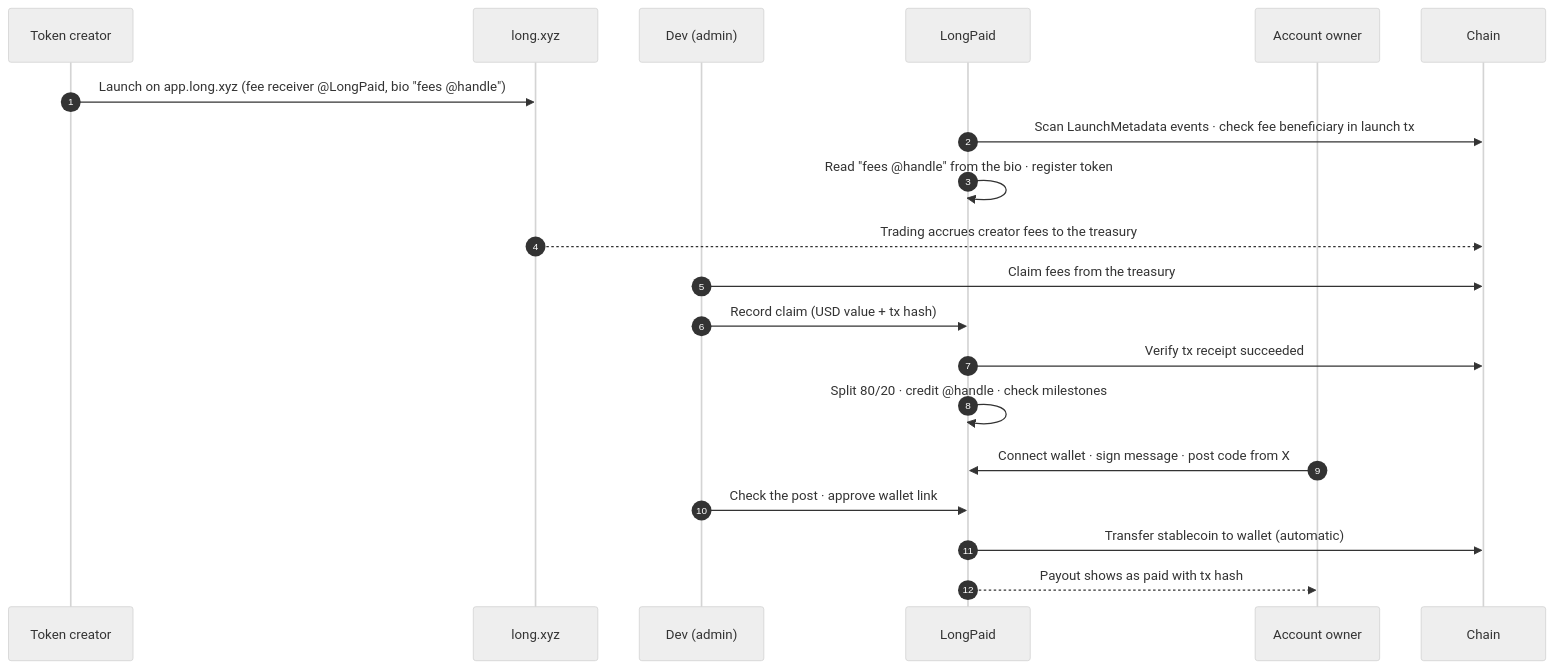
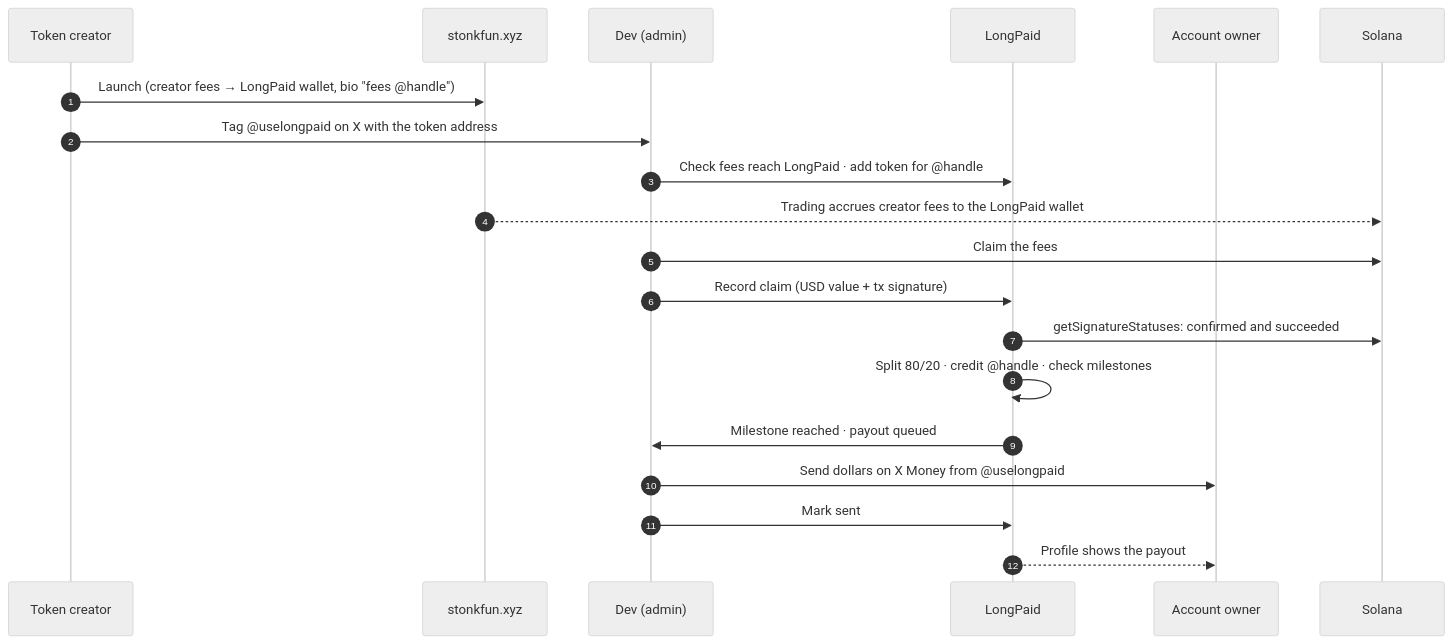
One commit to uselongpaid/uselongpaid changed the first of 2 diagrams in README.md. Above: the diagram before and after it, drawn with Mermaid (neutral theme). The commit also changed other lines of this file and 20 other files, not shown here.

First line of the commit message:
Switch to stonkfun.xyz on Solana

````diff
--- a/README.md
+++ b/README.md
@@ -56,23 +57,23 @@
 ```mermaid
 sequenceDiagram
     autonumber
     participant C as Token creator
-    participant L as long.xyz
+    participant L as stonkfun.xyz
     participant D as Dev (admin)
     participant F as LongPaid
     participant X as Account owner
-    participant B as Chain
+    participant B as Solana
 
-    C->>L: Launch on app.long.xyz (fee receiver @LongPaid, bio "fees @handle")
-    F->>B: Scan LaunchMetadata events · check fee beneficiary in launch tx
-    F->>F: Read "fees @handle" from the bio · register token
-    L-->>B: Trading accrues creator fees to the treasury
-    D->>B: Claim fees from the treasury
-    D->>F: Record claim (USD value + tx hash)
-    F->>B: Verify tx receipt succeeded
+    C->>L: Launch (creator fees → LongPaid wallet, bio "fees @handle")
+    C->>D: Tag @uselongpaid on X with the token address
+    D->>F: Check fees reach LongPaid · add token for @handle
+    L-->>B: Trading accrues creator fees to the LongPaid wallet
+    D->>B: Claim the fees
+    D->>F: Record claim (USD value + tx signature)
+    F->>B: getSignatureStatuses: confirmed and succeeded
     F->>F: Split 80/20 · credit @handle · check milestones
-    X->>F: Connect wallet · sign message · post code from X
-    D->>F: Check the post · approve wallet link
-    F->>B: Transfer stablecoin to wallet (automatic)
-    F-->>X: Payout shows as paid with tx hash
+    F->>D: Milestone reached · payout queued
+    D->>X: Send dollars on X Money from @uselongpaid
+    D->>F: Mark sent
+    F-->>X: Profile shows the payout
 ```
````
